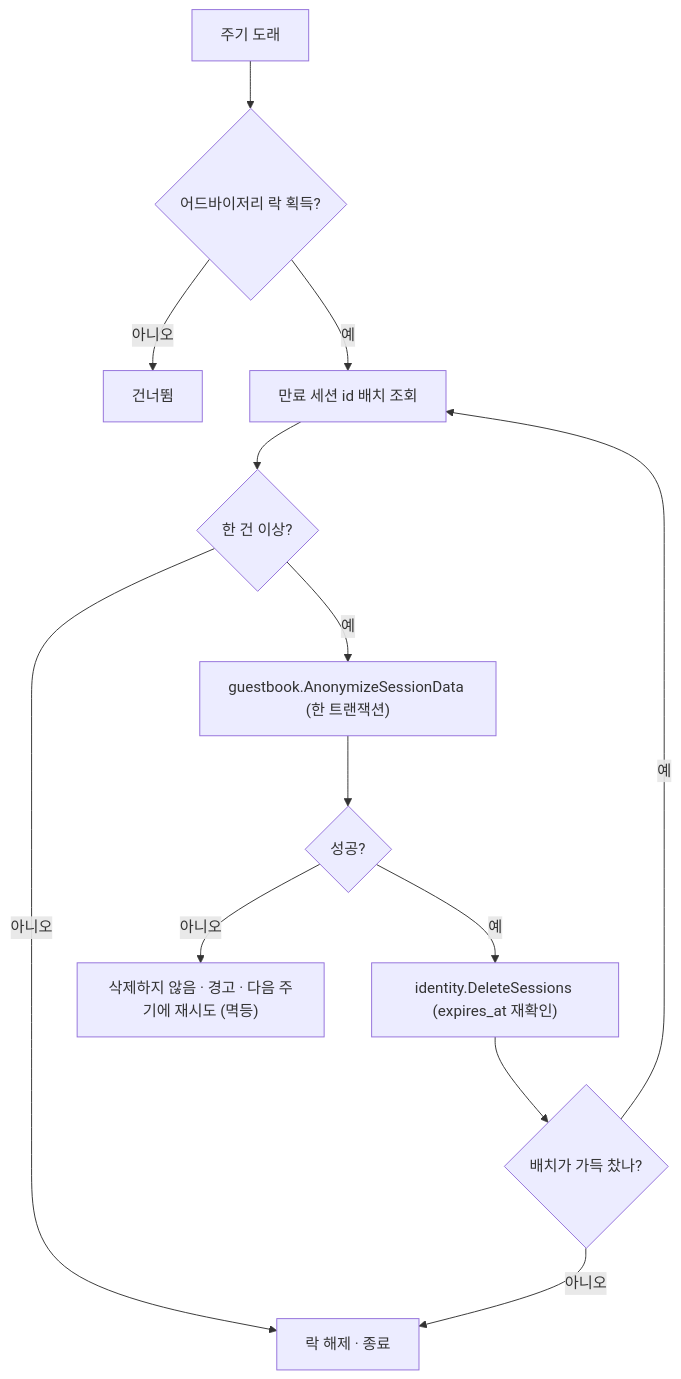
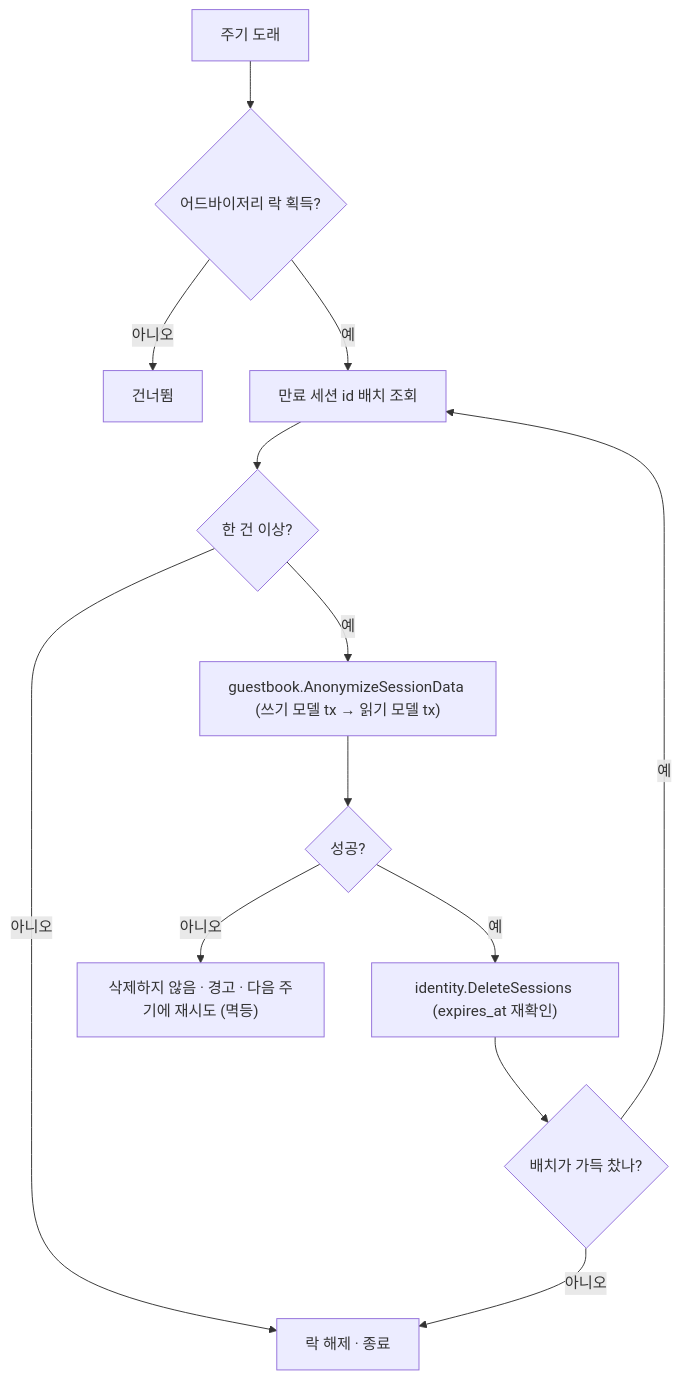
Before and after one commit to 1985jwlee/portpolio_backend: diagram 37 of 37 in docs/design/features/10-identity.md, drawn with Mermaid. The commit also changed other lines of this file and 33 other files, not shown here.

````diff
--- a/docs/design/features/10-identity.md
+++ b/docs/design/features/10-identity.md
@@ -1310,15 +1313,15 @@
 ```mermaid
 flowchart TD
     A["주기 도래"] --> B{"어드바이저리 락 획득?"}
     B -- "아니오" --> Z["건너뜀"]
     B -- "예" --> C["만료 세션 id 배치 조회"]
     C --> D{"한 건 이상?"}
     D -- "아니오" --> R["락 해제 · 종료"]
-    D -- "예" --> E["guestbook.AnonymizeSessionData (한 트랜잭션)"]
+    D -- "예" --> E["guestbook.AnonymizeSessionData (쓰기 모델 tx → 읽기 모델 tx)"]
     E --> F{"성공?"}
     F -- "아니오" --> G["삭제하지 않음 · 경고 · 다음 주기에 재시도 (멱등)"]
     F -- "예" --> H["identity.DeleteSessions (expires_at 재확인)"]
     H --> I{"배치가 가득 찼나?"}
     I -- "예" --> C
     I -- "아니오" --> R
 ```
````
